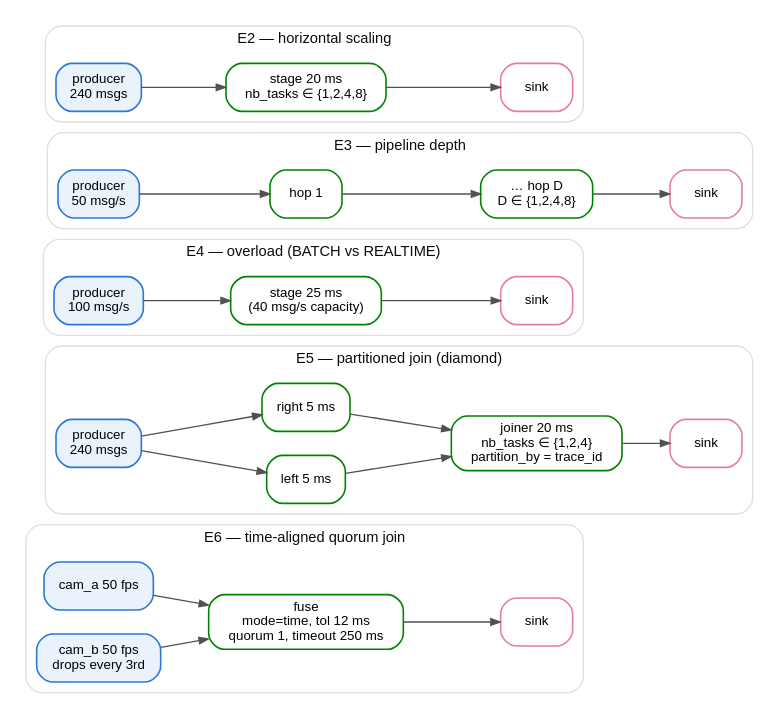
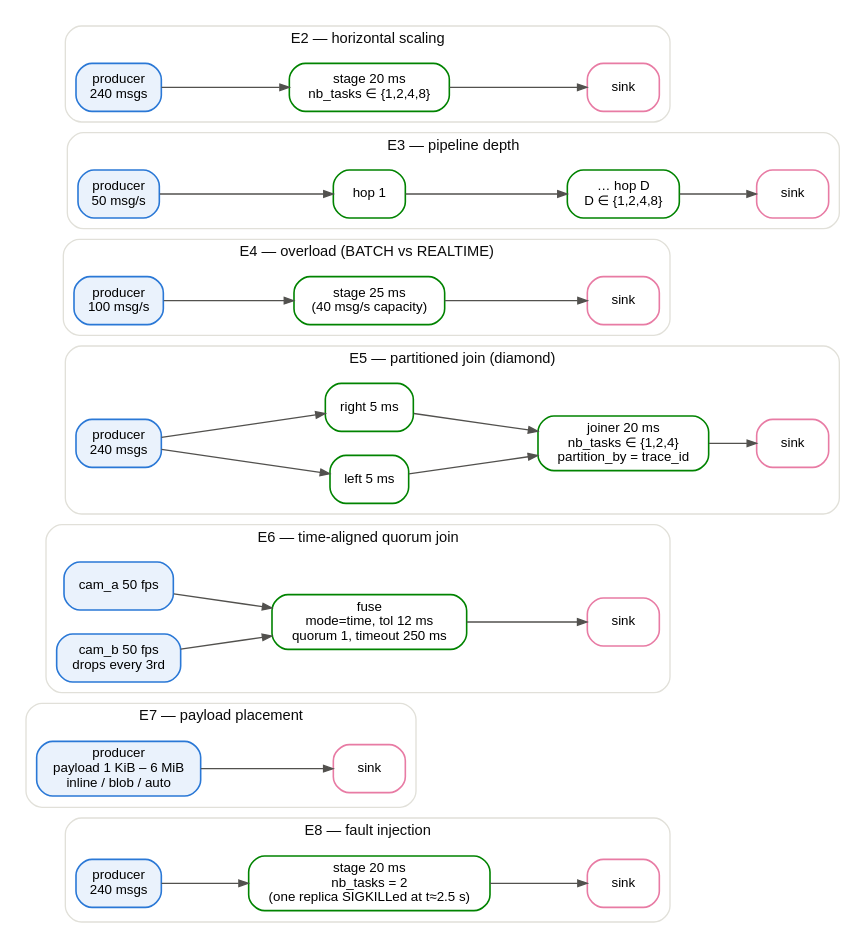
One commit to videoflow/videoflow changed the diagram in white-paper/code/diagrams/fig_expgraphs.dot. Above: the diagram before and after it, drawn with Graphviz. The commit also changed 41 other files, not shown here.

```diff
--- a/white-paper/code/diagrams/fig_expgraphs.dot
+++ b/white-paper/code/diagrams/fig_expgraphs.dot
@@ -1,63 +1,80 @@
 // The toy graphs used by the white-paper experiments (E2–E6).
 digraph expgraphs {
     rankdir = LR;
     bgcolor = "white";
     fontname = "Helvetica";
     compound = true;
     node [fontname = "Helvetica", fontsize = 10, shape = box, style = "rounded,filled",
           fillcolor = "white", color = "#c3c2b7", penwidth = 1.2];
     edge [fontname = "Helvetica", fontsize = 9, color = "#52514e", arrowsize = 0.7];
+
+    subgraph cluster_e8 {
+        label = "E8 — fault injection";
+        fontsize = 11; fontcolor = "#0b0b0b"; color = "#e1e0d9"; style = "rounded";
+        e8p [label = "producer\n240 msgs", color = "#2a78d6", fillcolor = "#eaf2fc"];
+        e8w [label = "stage 20 ms\nnb_tasks = 2\n(one replica SIGKILLed at t≈2.5 s)", color = "#008300"];
+        e8s [label = "sink", color = "#e87ba4"];
+        e8p -> e8w -> e8s;
+    }
+
+    subgraph cluster_e7 {
+        label = "E7 — payload placement";
+        fontsize = 11; fontcolor = "#0b0b0b"; color = "#e1e0d9"; style = "rounded";
+        e7p [label = "producer\npayload 1 KiB – 6 MiB\ninline / blob / auto", color = "#2a78d6", fillcolor = "#eaf2fc"];
+        e7s [label = "sink", color = "#e87ba4"];
+        e7p -> e7s;
+    }
 
     subgraph cluster_e6 {
         label = "E6 — time-aligned quorum join";
         fontsize = 11; fontcolor = "#0b0b0b"; color = "#e1e0d9"; style = "rounded";
         e6a [label = "cam_a 50 fps", color = "#2a78d6", fillcolor = "#eaf2fc"];
         e6b [label = "cam_b 50 fps\ndrops every 3rd", color = "#2a78d6", fillcolor = "#eaf2fc"];
         e6f [label = "fuse\nmode=time, tol 12 ms\nquorum 1, timeout 250 ms", color = "#008300"];
         e6s [label = "sink", color = "#e87ba4"];
         e6a -> e6f;
         e6b -> e6f;
         e6f -> e6s;
     }
 
     subgraph cluster_e5 {
         label = "E5 — partitioned join (diamond)";
         fontsize = 11; fontcolor = "#0b0b0b"; color = "#e1e0d9"; style = "rounded";
         e5p [label = "producer\n240 msgs", color = "#2a78d6", fillcolor = "#eaf2fc"];
         e5l [label = "left 5 ms", color = "#008300"];
         e5r [label = "right 5 ms", color = "#008300"];
         e5j [label = "joiner 20 ms\nnb_tasks ∈ {1,2,4}\npartition_by = trace_id", color = "#008300"];
         e5s [label = "sink", color = "#e87ba4"];
         e5p -> e5l -> e5j;
         e5p -> e5r -> e5j;
         e5j -> e5s;
     }
 
     subgraph cluster_e4 {
         label = "E4 — overload (BATCH vs REALTIME)";
         fontsize = 11; fontcolor = "#0b0b0b"; color = "#e1e0d9"; style = "rounded";
         e4p [label = "producer\n100 msg/s", color = "#2a78d6", fillcolor = "#eaf2fc"];
         e4w [label = "stage 25 ms\n(40 msg/s capacity)", color = "#008300"];
         e4s [label = "sink", color = "#e87ba4"];
         e4p -> e4w -> e4s;
     }
 
     subgraph cluster_e3 {
         label = "E3 — pipeline depth";
         fontsize = 11; fontcolor = "#0b0b0b"; color = "#e1e0d9"; style = "rounded";
         e3p [label = "producer\n50 msg/s", color = "#2a78d6", fillcolor = "#eaf2fc"];
         e3h1 [label = "hop 1", color = "#008300"];
         e3hd [label = "… hop D\nD ∈ {1,2,4,8}", color = "#008300"];
         e3s [label = "sink", color = "#e87ba4"];
         e3p -> e3h1 -> e3hd -> e3s;
     }
 
     subgraph cluster_e2 {
         label = "E2 — horizontal scaling";
         fontsize = 11; fontcolor = "#0b0b0b"; color = "#e1e0d9"; style = "rounded";
         e2p [label = "producer\n240 msgs", color = "#2a78d6", fillcolor = "#eaf2fc"];
         e2w [label = "stage 20 ms\nnb_tasks ∈ {1,2,4,8}", color = "#008300"];
         e2s [label = "sink", color = "#e87ba4"];
         e2p -> e2w -> e2s;
     }
 }
```
